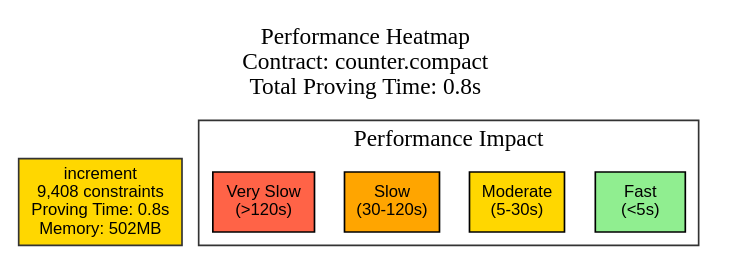
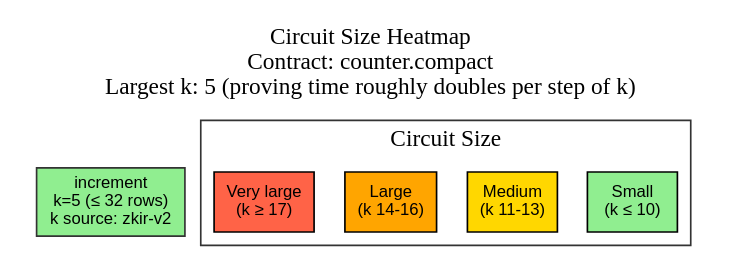
Before and after one commit to verifiably-human/compact: the diagram in tools/security-analyzer/circuit-visualizations/performance-heatmap.dot, drawn with Graphviz. The commit also changed 30 other files, not shown here.

```diff
--- a/tools/security-analyzer/circuit-visualizations/performance-heatmap.dot
+++ b/tools/security-analyzer/circuit-visualizations/performance-heatmap.dot
@@ -1,24 +1,25 @@
 digraph PerformanceHeatmap {
   rankdir=TB;
   bgcolor="#FFFFFF";
-  node [shape=box, style=filled, fontname="Arial", fontsize=10];
-  edge [fontname="Arial", fontsize=8];
+  fontcolor="#000000";
+  node [shape=box, style=filled, fontname="Arial", fontsize=10, fontcolor="#000000"];
+  edge [fontname="Arial", fontsize=8, fontcolor="#000000"];
 
-  label="Performance Heatmap\nContract: counter.compact\nTotal Proving Time: 0.8s";
+  label="Circuit Size Heatmap\nContract: counter.compact\nLargest k: 5 (proving time roughly doubles per step of k)";
   labelloc="t";
   fontsize=14;
 
-  "increment" [label="increment\n9,408 constraints\nProving Time: 0.8s\nMemory: 502MB", fillcolor="#FFD700", color="#333333"];
+  "increment" [label="increment\nk=5 (≤ 32 rows)\nk source: zkir-v2", fillcolor="#90EE90", color="#333333"];
 
   subgraph cluster_legend {
-    label="Performance Impact";
+    label="Circuit Size";
     style=filled;
     color="#333333";
     fillcolor="#FFFFFF";
 
-    perf_low [label="Fast\n(<5s)", fillcolor="#90EE90", shape=box];
-    perf_med [label="Moderate\n(5-30s)", fillcolor="#FFD700", shape=box];
-    perf_high [label="Slow\n(30-120s)", fillcolor="#FFA500", shape=box];
-    perf_vhigh [label="Very Slow\n(>120s)", fillcolor="#FF6347", shape=box];
+    perf_low [label="Small\n(k ≤ 10)", fillcolor="#90EE90", shape=box];
+    perf_med [label="Medium\n(k 11-13)", fillcolor="#FFD700", shape=box];
+    perf_high [label="Large\n(k 14-16)", fillcolor="#FFA500", shape=box];
+    perf_vhigh [label="Very large\n(k ≥ 17)", fillcolor="#FF6347", shape=box];
   }
 }
```
